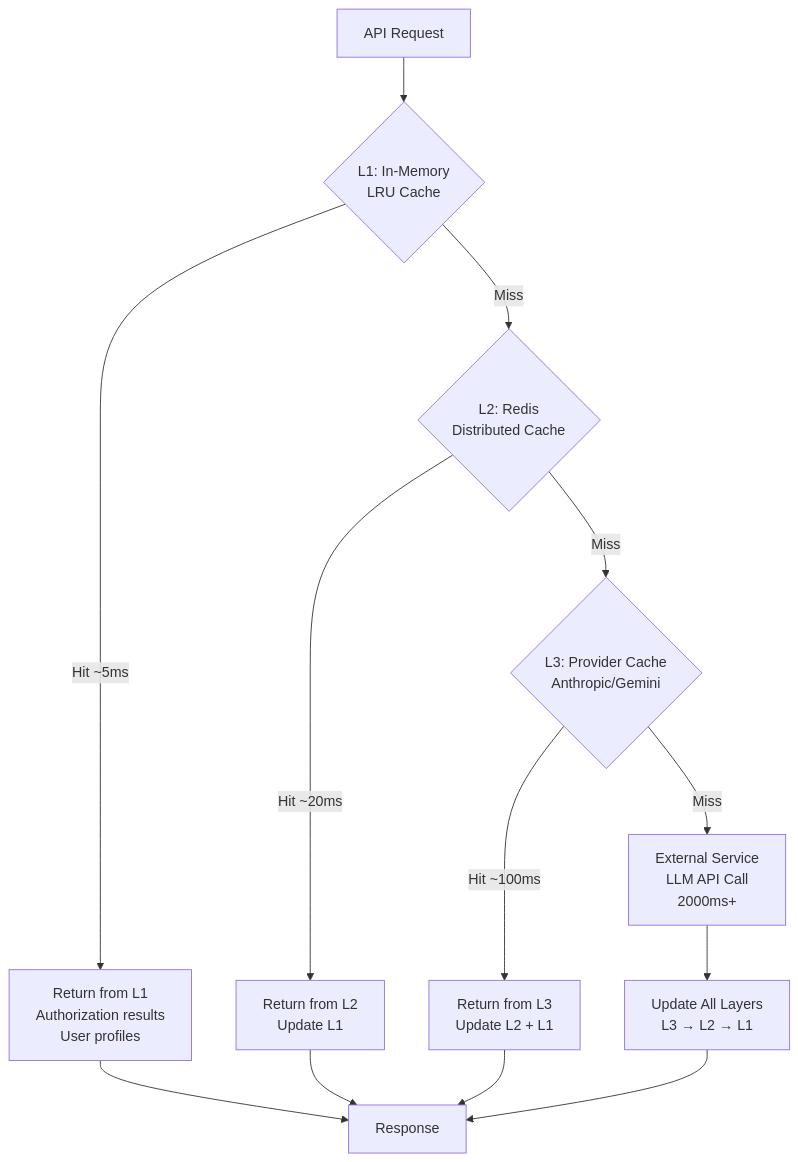
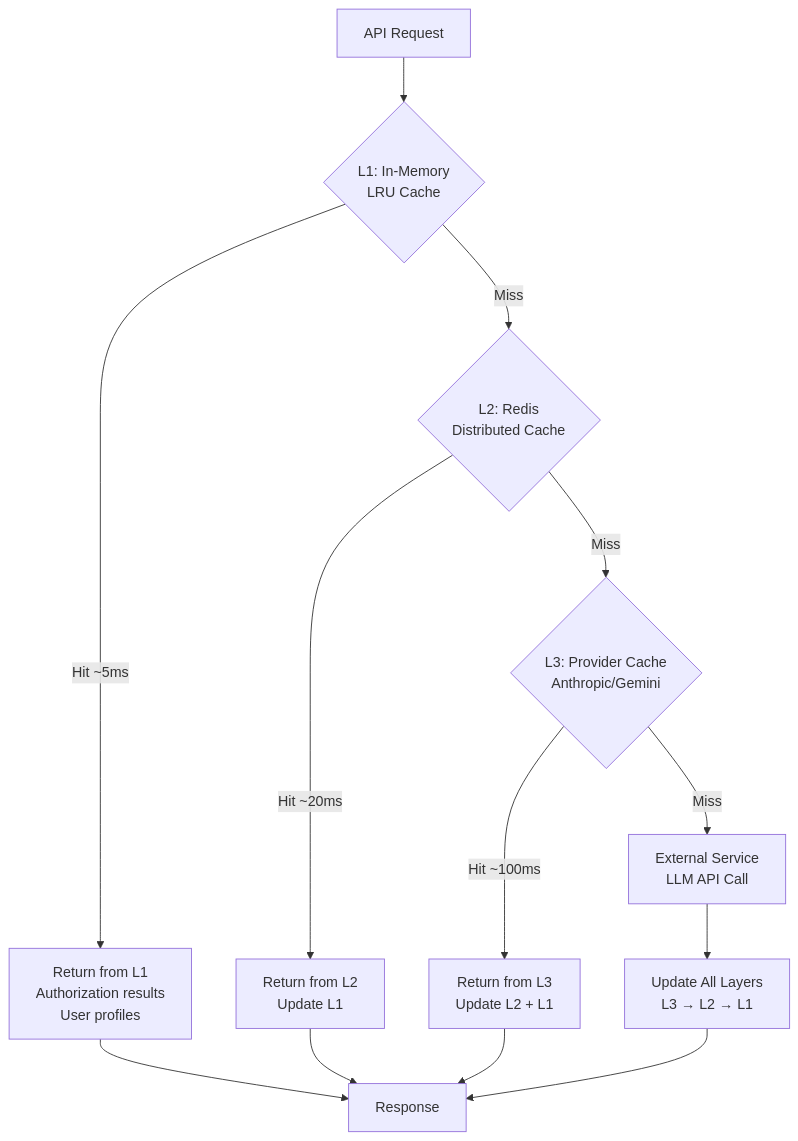
The second of 3 diagrams in docs/architecture/adr-0028-caching-strategy.mdx (vishnu2kmohan/mcp-server-langgraph), drawn with Mermaid before and after one commit. The commit also changed 93 other files, not shown here.

First line of the commit message:
docs: fix MDX syntax errors, broken links, and Mermaid diagram issues

````diff
--- a/docs/architecture/adr-0028-caching-strategy.mdx
+++ b/docs/architecture/adr-0028-caching-strategy.mdx
@@ -70,21 +70,21 @@
 ```mermaid
 flowchart TB
     Request[API Request] --> L1{L1: In-Memory<br/>LRU Cache}
 
     L1 -->|Hit ~5ms| L1Hit[Return from L1<br/>Authorization results<br/>User profiles]
     L1 -->|Miss| L2{L2: Redis<br/>Distributed Cache}
 
     L2 -->|Hit ~20ms| L2Hit[Return from L2<br/>Update L1]
     L2 -->|Miss| L3{L3: Provider Cache<br/>Anthropic/Gemini}
 
     L3 -->|Hit ~100ms| L3Hit[Return from L3<br/>Update L2 + L1]
-    L3 -->|Miss| External[External Service<br/>LLM API Call<br/>2000ms+]
+    L3 -->|Miss| External[External Service<br/>LLM API Call<br/&gt;2000ms+]
 
     External --> Update[Update All Layers<br/>L3 → L2 → L1]
     Update --> Response[Response]
 
     L1Hit --> Response
     L2Hit --> Response
     L3Hit --> Response
 
 ```
````
